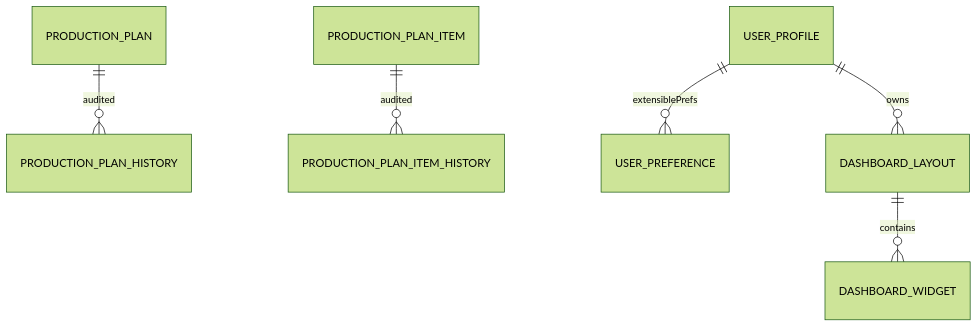
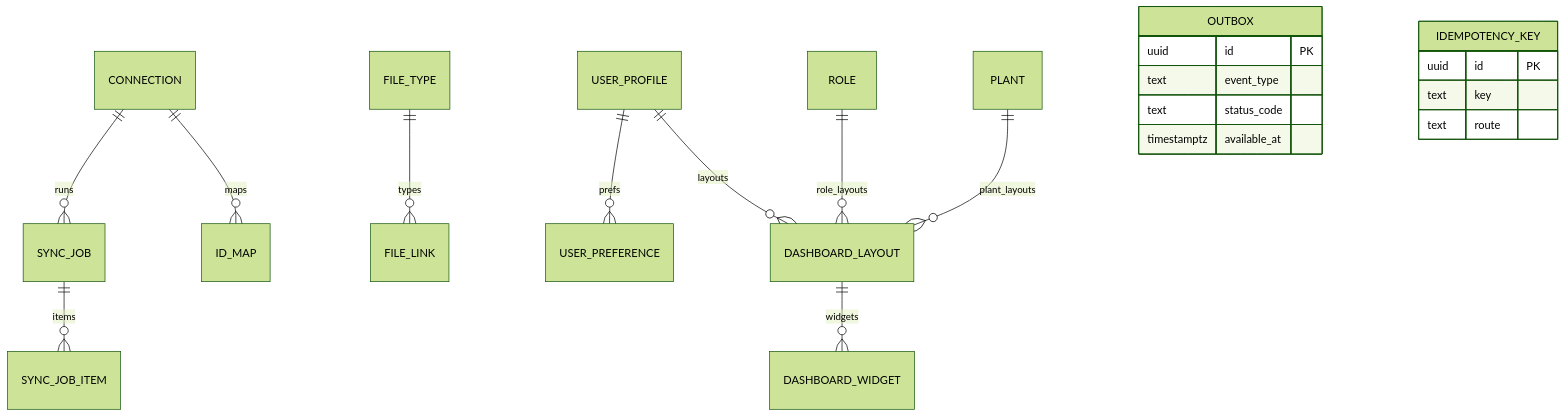
One commit to surasanetho-cmd/Factory-Operations changed the sixth of 6 diagrams in docs/06_ER_DIAGRAM.md. Above: the diagram before and after it, drawn with Mermaid (forest theme). The commit also changed other lines of this file and 5 other files, not shown here.

````diff
--- a/docs/06_ER_DIAGRAM.md
+++ b/docs/06_ER_DIAGRAM.md
@@ -132,8 +207,24 @@
 ```mermaid
 erDiagram
-  PRODUCTION_PLAN ||--o{ PRODUCTION_PLAN_HISTORY : audited
-  PRODUCTION_PLAN_ITEM ||--o{ PRODUCTION_PLAN_ITEM_HISTORY : audited
-  USER_PROFILE ||--o{ USER_PREFERENCE : extensiblePrefs
-  USER_PROFILE ||--o{ DASHBOARD_LAYOUT : owns
-  DASHBOARD_LAYOUT ||--o{ DASHBOARD_WIDGET : contains
+  CONNECTION ||--o{ SYNC_JOB : runs
+  SYNC_JOB ||--o{ SYNC_JOB_ITEM : items
+  CONNECTION ||--o{ ID_MAP : maps
+  FILE_TYPE ||--o{ FILE_LINK : types
+  USER_PROFILE ||--o{ USER_PREFERENCE : prefs
+  USER_PROFILE ||--o{ DASHBOARD_LAYOUT : layouts
+  ROLE ||--o{ DASHBOARD_LAYOUT : role_layouts
+  PLANT ||--o{ DASHBOARD_LAYOUT : plant_layouts
+  DASHBOARD_LAYOUT ||--o{ DASHBOARD_WIDGET : widgets
+
+  OUTBOX {
+    uuid id PK
+    text event_type
+    text status_code
+    timestamptz available_at
+  }
+  IDEMPOTENCY_KEY {
+    uuid id PK
+    text key
+    text route
+  }
 ```
````
